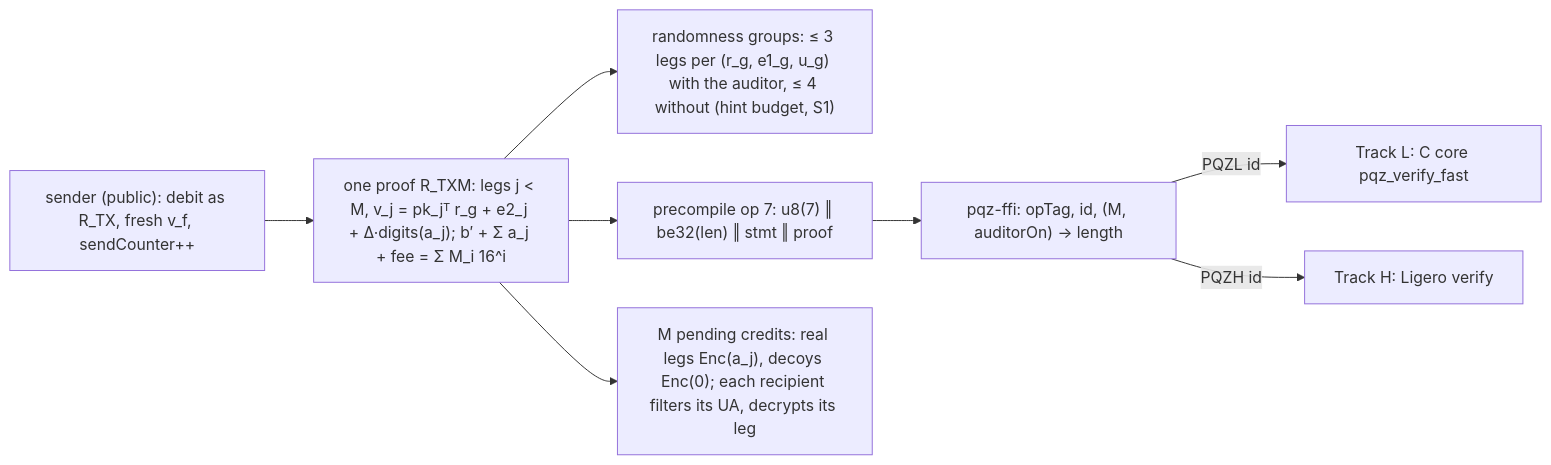
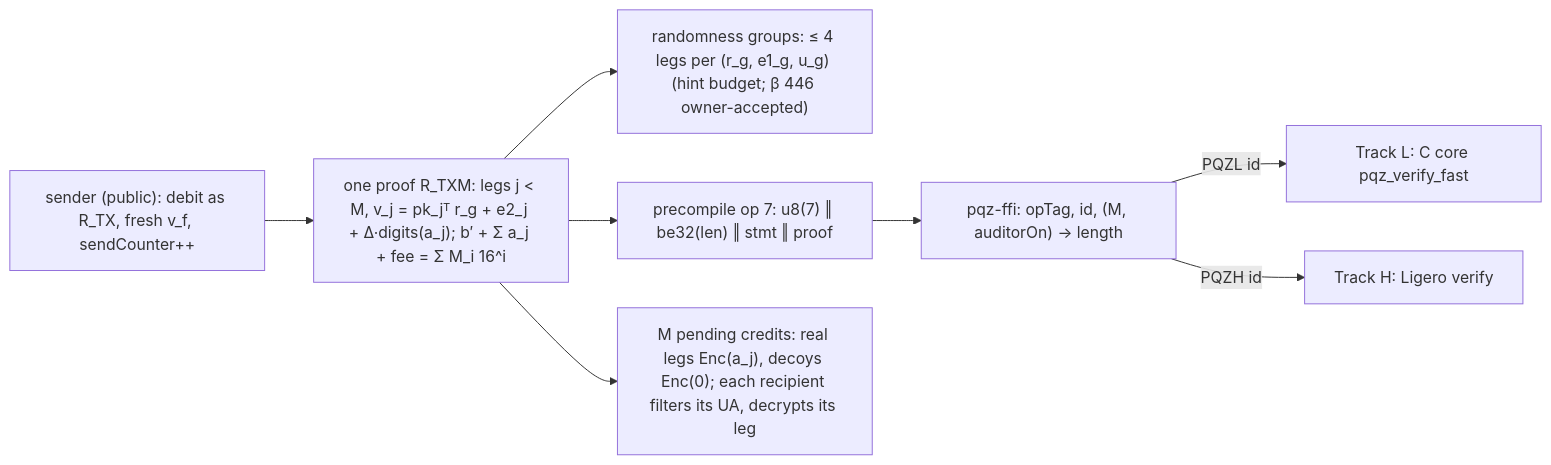
One commit to dinhduongha/scaas changed the diagram in docs/superpowers/plans/2026-10-14-p6-anon.md. Above: the diagram before and after it, drawn with Mermaid. The commit also changed other lines of this file and 3 other files, not shown here.

First line of the commit message:
P6-ANON review: plan, note, anon_sizes, stmt README back to 4-leg groups (owner beta 446); gas by header words; beta section

````diff
--- a/docs/superpowers/plans/2026-10-14-p6-anon.md
+++ b/docs/superpowers/plans/2026-10-14-p6-anon.md
@@ -36,10 +36,10 @@
 ```mermaid
 flowchart LR
   S["sender (public): debit as R_TX, fresh v_f, sendCounter++"] --> P["one proof R_TXM: legs j < M, v_j = pk_jᵀ r_g + e2_j + Δ·digits(a_j); b′ + Σ a_j + fee = Σ M_i 16^i"]
-  P --> G["randomness groups: ≤ 3 legs per (r_g, e1_g, u_g) with the auditor, ≤ 4 without (hint budget, S1)"]
+  P --> G["randomness groups: ≤ 4 legs per (r_g, e1_g, u_g) (hint budget; β 446 owner-accepted)"]
   P --> IN["precompile op 7: u8(7) ‖ be32(len) ‖ stmt ‖ proof"]
   IN --> FFI["pqz-ffi: opTag, id, (M, auditorOn) → length"]
   FFI -->|"PQZL id"| L["Track L: C core pqz_verify_fast"]
   FFI -->|"PQZH id"| H["Track H: Ligero verify"]
   P --> R["M pending credits: real legs Enc(a_j), decoys Enc(0); each recipient filters its UA, decrypts its leg"]
 ```
````
